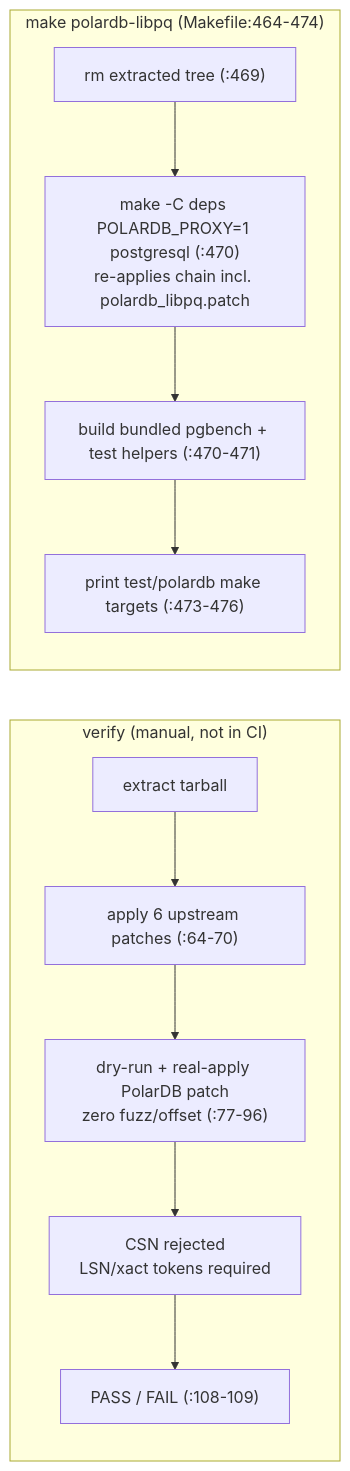
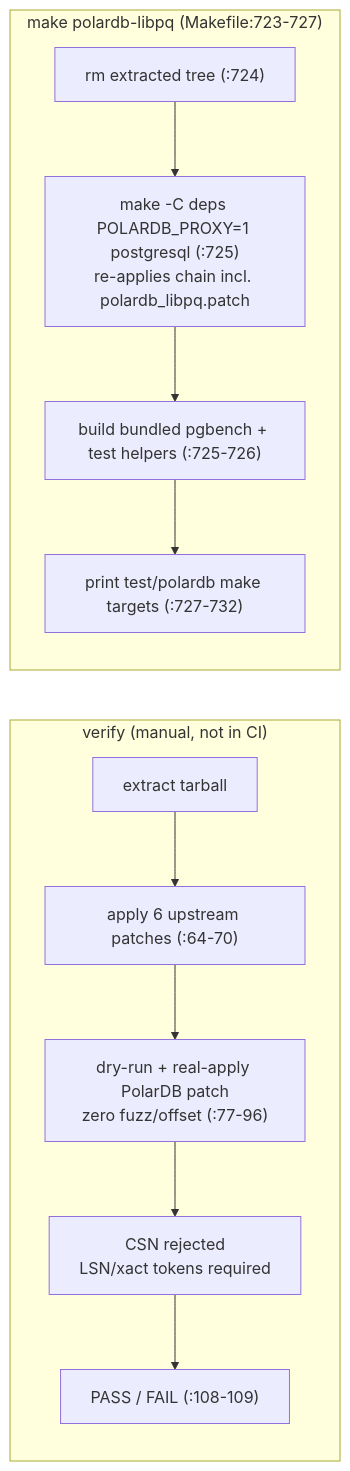
Before and after one commit to awide-labs/polar-proxy: the fourth of 4 diagrams in doc/polardb-arch/02-BUILD-TOGGLE-AND-LIBPQ.md, drawn with Mermaid. The commit also changed other lines of this file and 29 other files, not shown here.

First line of the commit message:
docs(polardb): document v15_wait extended query flow

````diff
--- a/doc/polardb-arch/02-BUILD-TOGGLE-AND-LIBPQ.md
+++ b/doc/polardb-arch/02-BUILD-TOGGLE-AND-LIBPQ.md
@@ -534,14 +537,14 @@
 ```mermaid
 flowchart LR
   subgraph V["verify (manual, not in CI)"]
     V1["extract tarball"] --> V2["apply 6 upstream patches (:64-70)"]
     V2 --> V3["dry-run + real-apply PolarDB patch<br/>zero fuzz/offset (:77-96)"]
     V3 --> V4["CSN rejected<br/>LSN/xact tokens required"]
     V4 --> V5["PASS / FAIL (:108-109)"]
   end
-  subgraph R["make polardb-libpq (Makefile:464-474)"]
-    R1["rm extracted tree (:469)"] --> R2["make -C deps POLARDB_PROXY=1 postgresql (:470)<br/>re-applies chain incl. polardb_libpq.patch"]
-    R2 --> R3["build bundled pgbench + test helpers (:470-471)"]
-    R3 --> R4["print test/polardb make targets (:473-476)"]
+  subgraph R["make polardb-libpq (Makefile:723-727)"]
+    R1["rm extracted tree (:724)"] --> R2["make -C deps POLARDB_PROXY=1 postgresql (:725)<br/>re-applies chain incl. polardb_libpq.patch"]
+    R2 --> R3["build bundled pgbench + test helpers (:725-726)"]
+    R3 --> R4["print test/polardb make targets (:727-732)"]
   end
 ```
````
